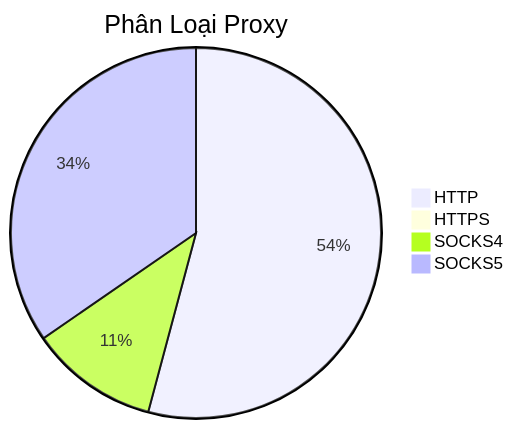
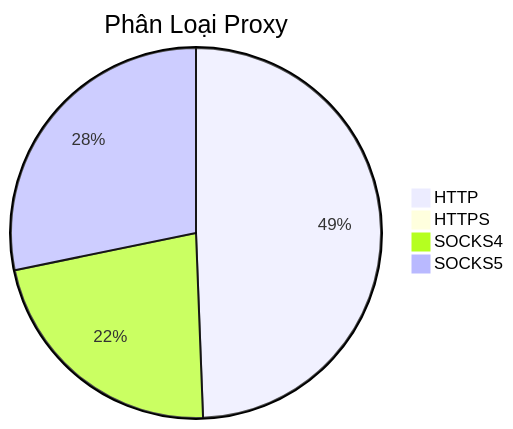
One commit to Ciara-Aa/PROXY-free changed the diagram in README.md. Above: the diagram before and after it, drawn with Mermaid. The commit also changed other lines of this file and 4 other files, not shown here.

````diff
--- a/README.md
+++ b/README.md
@@ -26,7 +26,7 @@
 ```mermaid
 pie title Phân Loại Proxy
-    "HTTP" : 352
-    "HTTPS" : 5
-    "SOCKS4" : 73
-    "SOCKS5" : 225
+    "HTTP" : 406
+    "HTTPS" : 3
+    "SOCKS4" : 184
+    "SOCKS5" : 232
 ```
````
